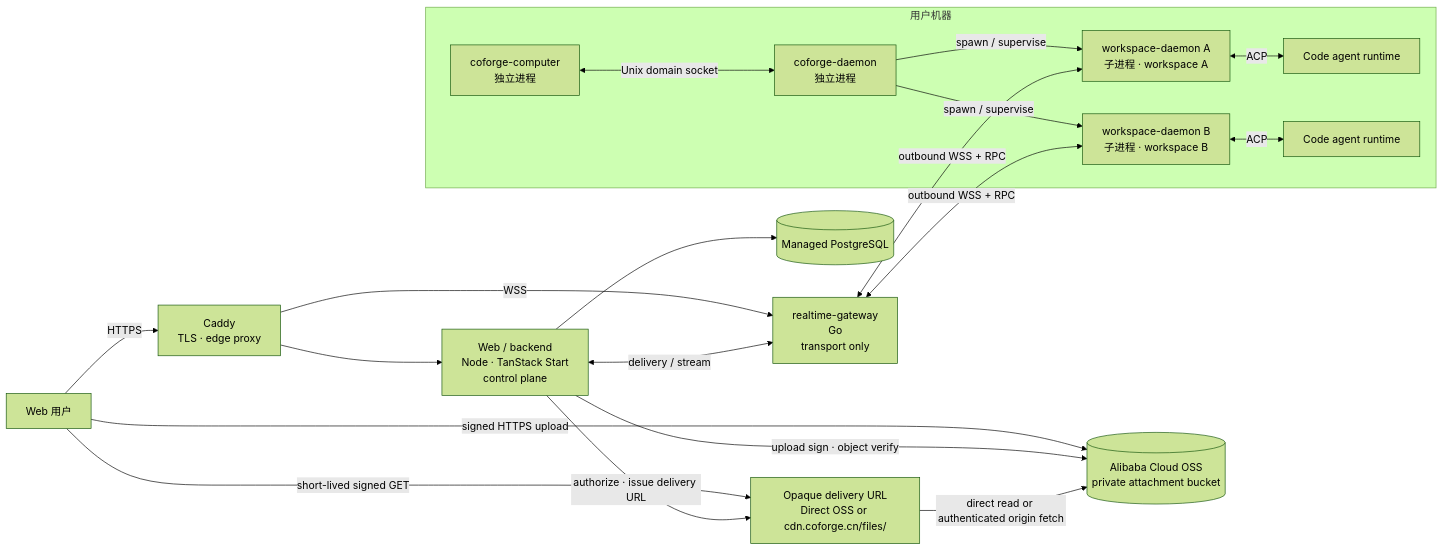
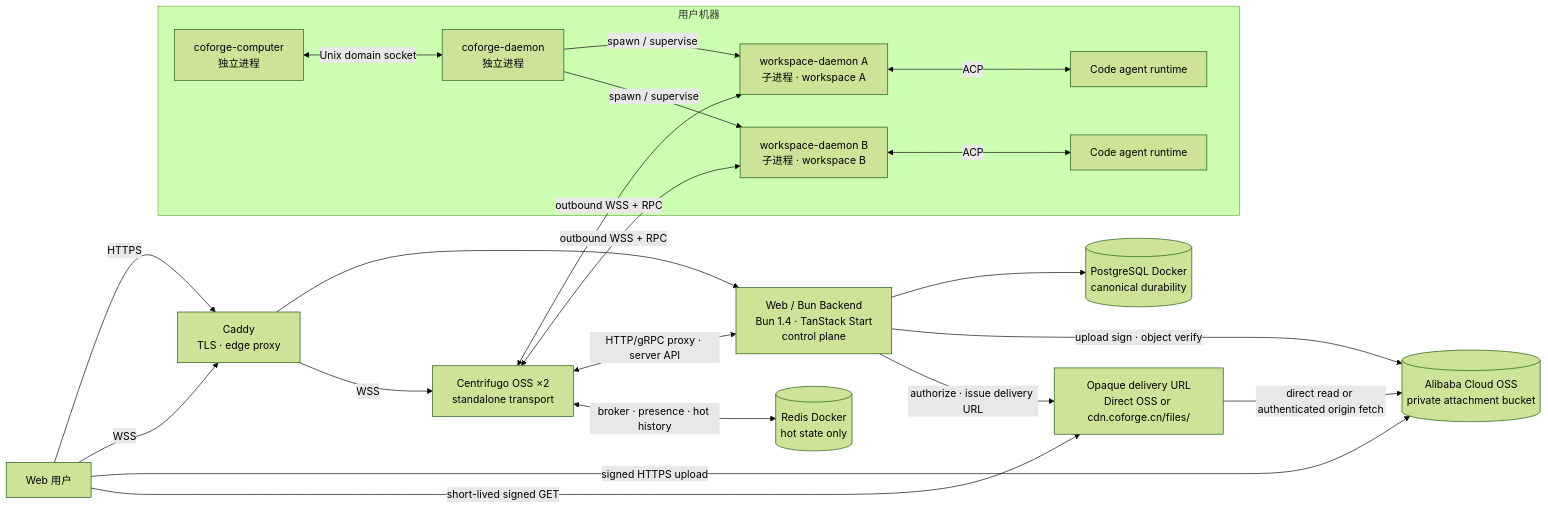
Before and after one commit to LRM-Teams/coforge: the diagram in docs/architecture.md, drawn with Mermaid (forest theme). The commit also changed other lines of this file and 4 other files, not shown here.

First line of the commit message:
LRM-1582: adopt standalone Centrifugo architecture (#16)

````diff
--- a/docs/architecture.md
+++ b/docs/architecture.md
@@ -25,31 +25,33 @@
 ```mermaid
 flowchart LR
     User[Web 用户] -->|HTTPS| Caddy[Caddy<br/>TLS · edge proxy]
+    User -->|WSS| Caddy
     User -->|signed HTTPS upload| OSS[(Alibaba Cloud OSS<br/>private attachment bucket)]
     User -->|short-lived signed GET| Delivery[Opaque delivery URL<br/>Direct OSS or cdn.coforge.cn/files/]
-    Caddy --> Web[Web / backend<br/>Node · TanStack Start<br/>control plane]
-    Caddy -->|WSS| Gateway[realtime-gateway<br/>Go<br/>transport only]
-    Web --> DB[(Managed PostgreSQL)]
+    Caddy --> Web[Web / Bun Backend<br/>Bun 1.4 · TanStack Start<br/>control plane]
+    Caddy -->|WSS| Realtime[Centrifugo OSS ×2<br/>standalone transport]
+    Web --> DB[(PostgreSQL Docker<br/>canonical durability)]
+    Realtime <-->|HTTP/gRPC proxy · server API| Web
+    Realtime <-->|broker · presence · hot history| Redis[(Redis Docker<br/>hot state only)]
     Web -->|upload sign · object verify| OSS
     Web -->|authorize · issue delivery URL| Delivery
     Delivery -->|direct read or authenticated origin fetch| OSS
-    Web <-->|delivery / stream| Gateway
 
     subgraph Host[用户机器]
         Computer[coforge-computer<br/>独立进程]
         Daemon[coforge-daemon<br/>独立进程]
         WD1[workspace-daemon A<br/>子进程 · workspace A]
         WD2[workspace-daemon B<br/>子进程 · workspace B]
         Agent1[Code agent runtime]
         Agent2[Code agent runtime]
 
         Computer <-->|Unix domain socket| Daemon
         Daemon -->|spawn / supervise| WD1
         Daemon -->|spawn / supervise| WD2
         WD1 <-->|ACP| Agent1
         WD2 <-->|ACP| Agent2
     end
 
-    Gateway <-->|outbound WSS + RPC| WD1
-    Gateway <-->|outbound WSS + RPC| WD2
+    Realtime <-->|outbound WSS + RPC| WD1
+    Realtime <-->|outbound WSS + RPC| WD2
 ```
````
